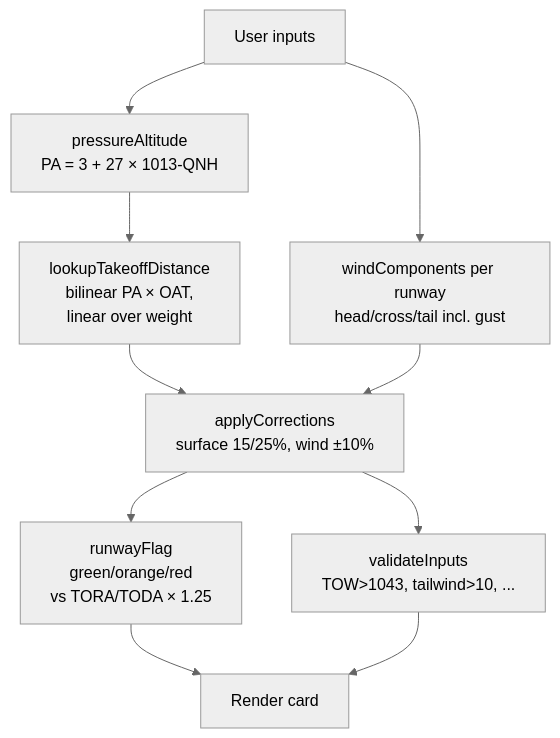
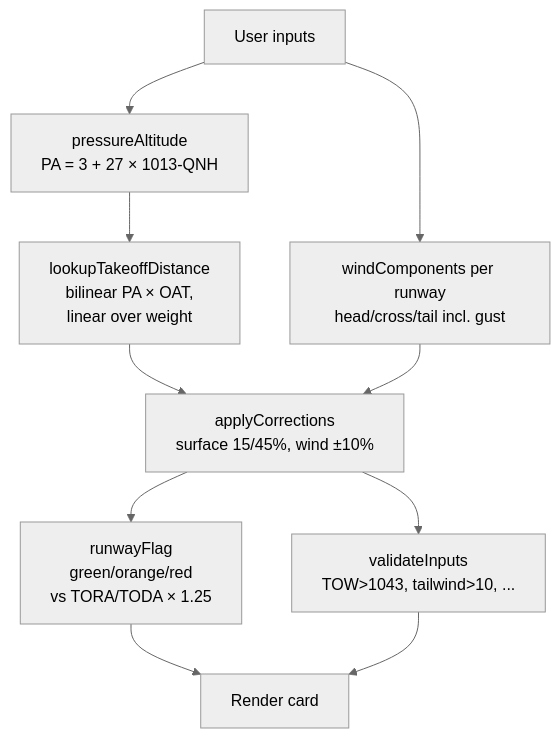
The third of 3 diagrams in docs/architecture.md (maartengoet/phgys-wb), drawn with Mermaid (neutral theme) before and after one commit. The commit also changed other lines of this file and 12 other files, not shown here.

````diff
--- a/docs/architecture.md
+++ b/docs/architecture.md
@@ -115,12 +117,12 @@
 ```mermaid
 flowchart TD
     A[User inputs] --> B[pressureAltitude\nPA = 3 + 27 × 1013-QNH]
     B --> C[lookupTakeoffDistance\nbilinear PA × OAT,\nlinear over weight]
     A --> D[windComponents per runway\nhead/cross/tail incl. gust]
-    C --> E[applyCorrections\nsurface 15/25%, wind ±10%]
+    C --> E[applyCorrections\nsurface 15/45%, wind ±10%]
     D --> E
     E --> F[runwayFlag\ngreen/orange/red\nvs TORA/TODA × 1.25]
     E --> G[validateInputs\nTOW>1043, tailwind>10, ...]
     F --> H[Render card]
     G --> H
 ```
````
